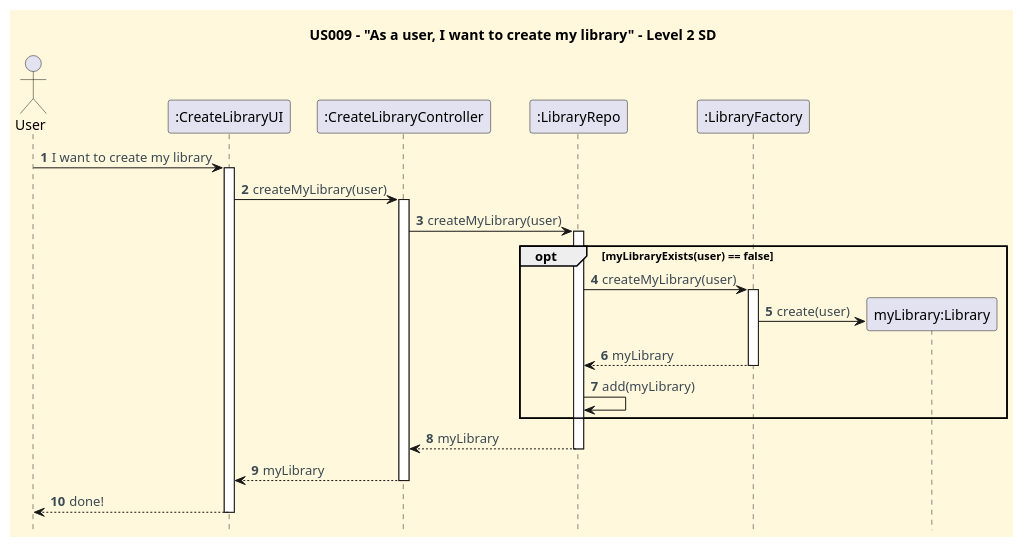
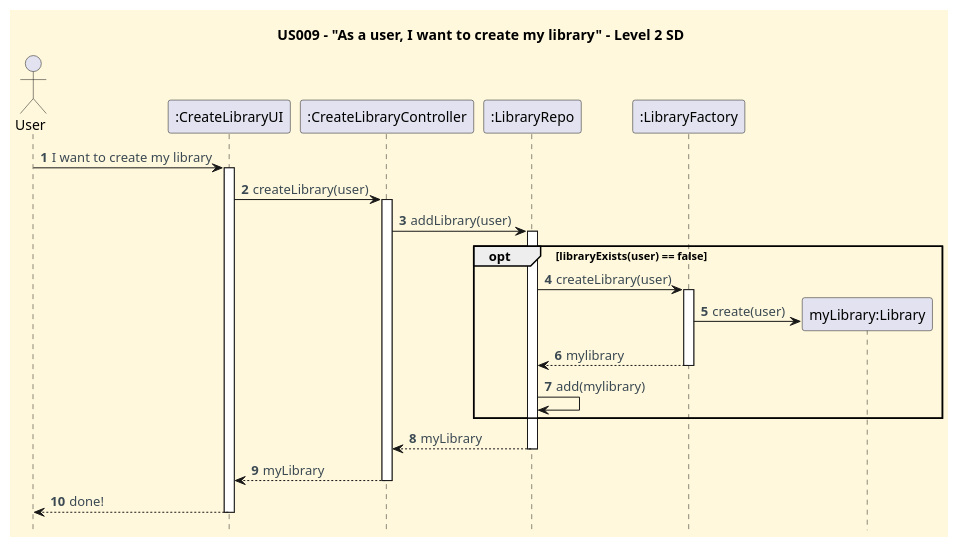
Before and after one commit to CarolinaLeite-collab/JavaMarketplacePlatform: the diagram in docs/userStories/US009/US009_create_my_library_SD_1.puml, drawn with PlantUML. The commit also changed 1 other file, not shown here.

```diff
--- a/docs/userStories/US009/US009_create_my_library_SD_1.puml
+++ b/docs/userStories/US009/US009_create_my_library_SD_1.puml
@@ -1,66 +1,66 @@
 @startuml
 title US009 - "As a user, I want to create my library" - Level 2 SD
 hidefootbox
 
 '==== basic style ====
 skinparam monochrome false
 skinparam shadowing false
 skinparam defaultFontName Futura
 skinparam objectFontSize 20
 skinparam backgroundColor CornSilk
 skinparam objectBackgroundColor WhiteSmoke
 skinparam noteBackgroundColor #FFFFE0
 skinparam ArrowFontColor #3B4953
 skinparam ActivationBackgroundColor black
 
 autonumber
 autoactivate off
 
 ' --- Actor and participants ---
 actor User
 participant ":CreateLibraryUI" as UI
 participant ":CreateLibraryController" as CTL
 participant ":LibraryRepo" as LR
 participant ":LibraryFactory" as LF
 
 ' --- UI interaction ---
 User -> UI: I want to create my library
 activate UI
 
 
 ' --- Use case execution ---
-UI -> CTL: createMyLibrary(user)
+UI -> CTL: createLibrary(user)
 activate CTL
 
-CTL -> LR: createMyLibrary(user)
+CTL -> LR: addLibrary(user)
 activate LR
 
 
 
-    opt myLibraryExists(user) == false
-        LR -> LF: createMyLibrary(user)
+    opt libraryExists(user) == false
+        LR -> LF: createLibrary(user)
         activate LF
         create "myLibrary:Library"
         LF -> "myLibrary:Library": create(user)
-        LF --> LR: myLibrary
+        LF --> LR: mylibrary
         deactivate LF
 
-        LR -> LR: add(myLibrary)
+        LR -> LR: add(mylibrary)
 
 
     end
 
 LR --> CTL: myLibrary
 deactivate LR
 
 'activate "myLibrary:Library"
 '"myLibrary:Library" --> "_lr:LibraryRepo": myLibrary
 'deactivate "myLibrary:Library"
 
 CTL --> UI: myLibrary
 deactivate CTL
 
 UI --> User: done!
 deactivate UI
 
 @enduml
```
